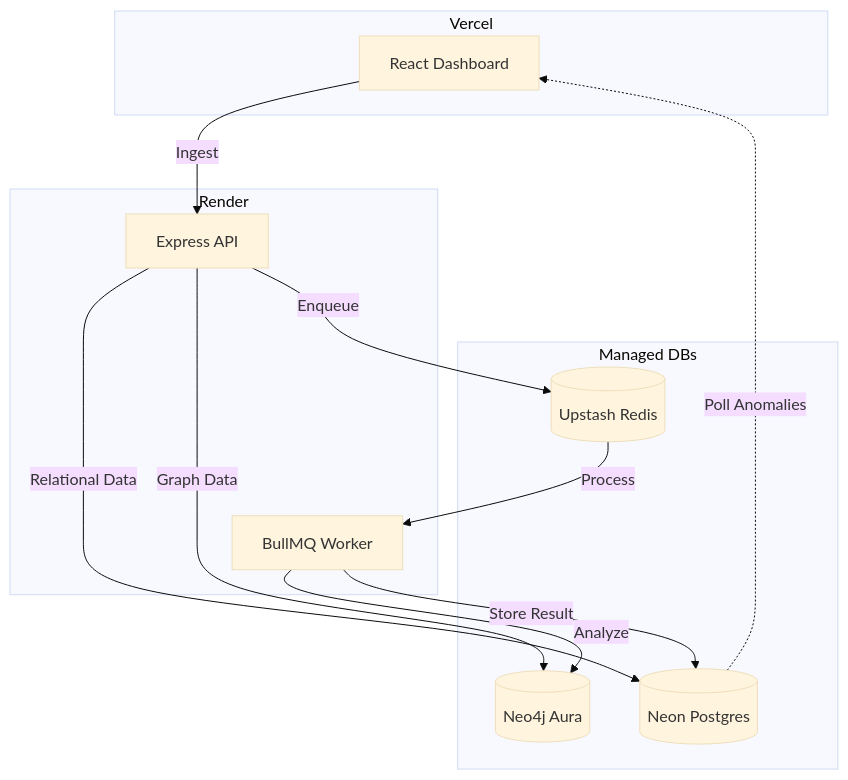
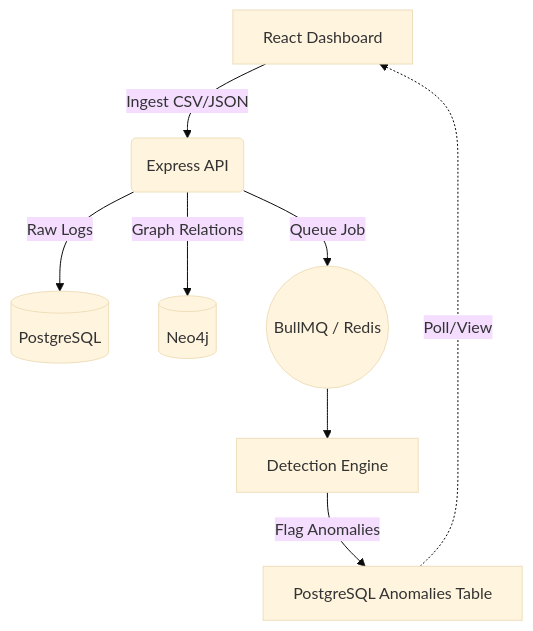
The first of 2 diagrams in README.md (someshsinha/transaction-anomaly-visualizer), drawn with Mermaid (base theme) before and after one commit. The commit also changed other lines of this file, not shown here.

````diff
--- a/README.md
+++ b/README.md
@@ -36,26 +24,10 @@
 ```mermaid
 flowchart TD
-    subgraph Client [Vercel]
-        A[React Dashboard]
-    end
-
-    subgraph Compute [Render]
-        B[Express API]
-        E[BullMQ Worker]
-    end
-
-    subgraph Storage [Managed DBs]
-        C[(Neon Postgres)]
-        D[(Neo4j Aura)]
-        F[(Upstash Redis)]
-    end
-
-    A -->|Ingest| B
-    B -->|Relational Data| C
-    B -->|Graph Data| D
-    B -->|Enqueue| F
-    F -->|Process| E
-    E -->|Analyze| D
-    E -->|Store Result| C
-    C -.->|Poll Anomalies| A
+    A[React Dashboard] -->|Ingest CSV/JSON| B(Express API)
+    B -->|Raw Logs| C[(PostgreSQL)]
+    B -->|Graph Relations| D[(Neo4j)]
+    B -->|Queue Job| E((BullMQ / Redis))
+    E --> F[Detection Engine]
+    F -->|Flag Anomalies| G[PostgreSQL Anomalies Table]
+    G -.->|Poll/View| A
 ```
````
